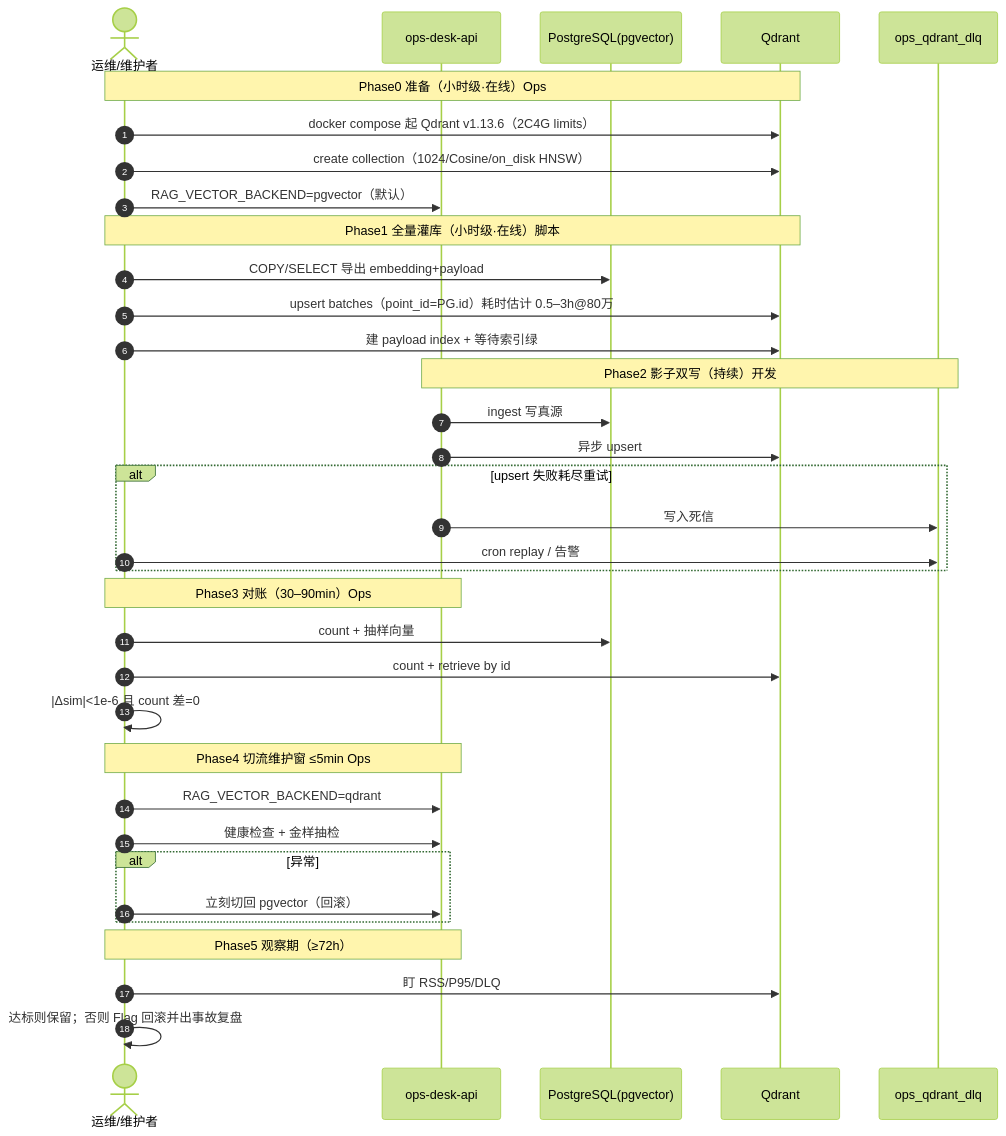
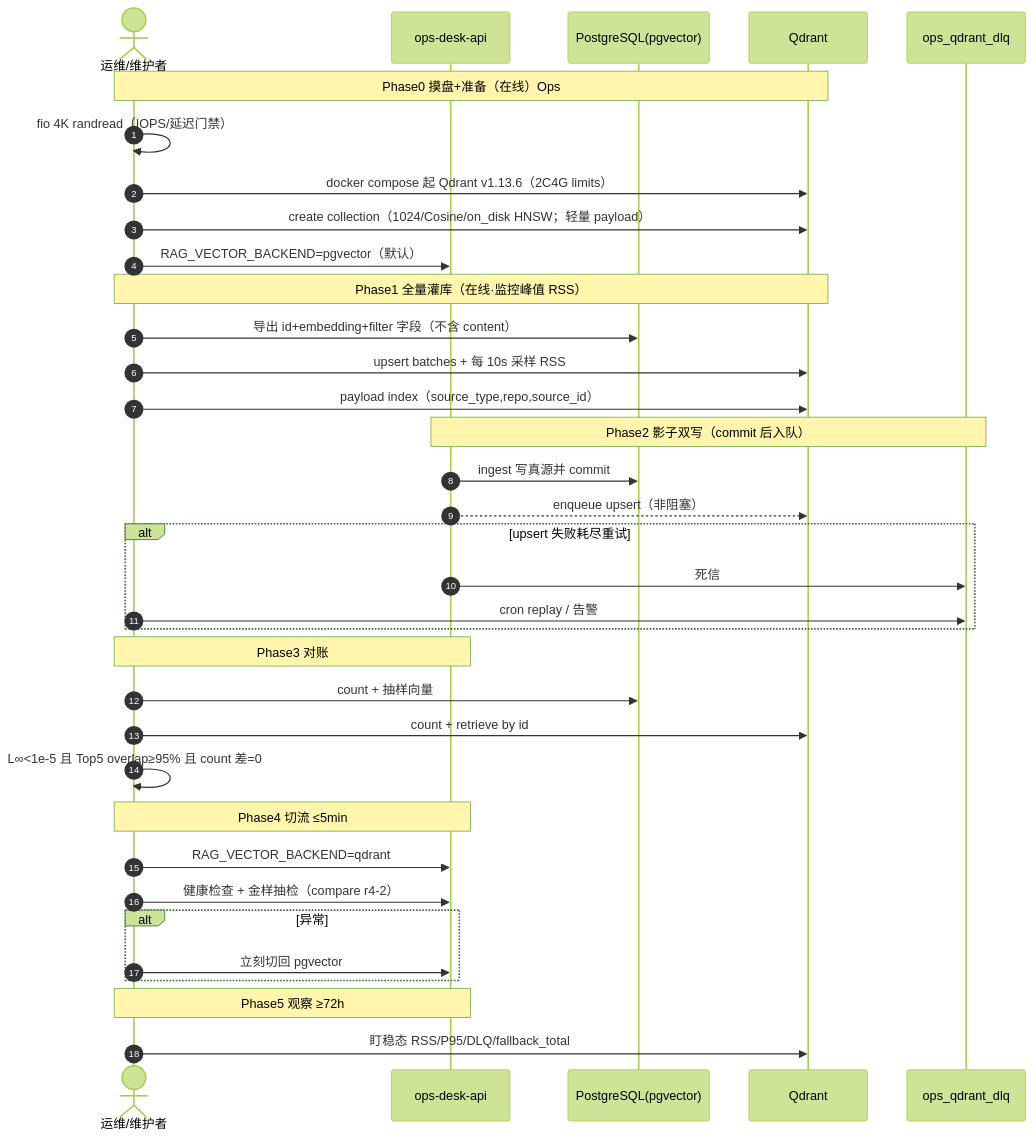
One commit to Cyning12/ops-desk-api changed the diagram in docs/spec/SPEC-qdrant-migration_v1.md. Above: the diagram before and after it, drawn with Mermaid (forest theme). The commit also changed other lines of this file and 2 other files, not shown here.

````diff
--- a/docs/spec/SPEC-qdrant-migration_v1.md
+++ b/docs/spec/SPEC-qdrant-migration_v1.md
@@ -221,43 +218,43 @@
 ```mermaid
 sequenceDiagram
     autonumber
     actor Ops as 运维/维护者
     participant API as ops-desk-api
     participant PG as PostgreSQL(pgvector)
     participant Q as Qdrant
     participant DLQ as ops_qdrant_dlq
 
-    Note over Ops,Q: Phase0 准备（小时级·在线）Ops
+    Note over Ops,Q: Phase0 摸盘+准备（在线）Ops
+    Ops->>Ops: fio 4K randread（IOPS/延迟门禁）
     Ops->>Q: docker compose 起 Qdrant v1.13.6（2C4G limits）
-    Ops->>Q: create collection（1024/Cosine/on_disk HNSW）
+    Ops->>Q: create collection（1024/Cosine/on_disk HNSW；轻量 payload）
     Ops->>API: RAG_VECTOR_BACKEND=pgvector（默认）
 
-    Note over Ops,Q: Phase1 全量灌库（小时级·在线）脚本
-    Ops->>PG: COPY/SELECT 导出 embedding+payload
-    Ops->>Q: upsert batches（point_id=PG.id）耗时估计 0.5–3h@80万
-    Ops->>Q: 建 payload index + 等待索引绿
+    Note over Ops,Q: Phase1 全量灌库（在线·监控峰值 RSS）
+    Ops->>PG: 导出 id+embedding+filter 字段（不含 content）
+    Ops->>Q: upsert batches + 每 10s 采样 RSS
+    Ops->>Q: payload index（source_type,repo,source_id）
 
-    Note over API,DLQ: Phase2 影子双写（持续）开发
-    API->>PG: ingest 写真源
-    API->>Q: 异步 upsert
+    Note over API,DLQ: Phase2 影子双写（commit 后入队）
+    API->>PG: ingest 写真源并 commit
+    API-->>Q: enqueue upsert（非阻塞）
     alt upsert 失败耗尽重试
-        API->>DLQ: 写入死信
+        API->>DLQ: 死信
         Ops->>DLQ: cron replay / 告警
     end
 
-    Note over Ops,API: Phase3 对账（30–90min）Ops
+    Note over Ops,API: Phase3 对账
     Ops->>PG: count + 抽样向量
     Ops->>Q: count + retrieve by id
-    Ops->>Ops: |Δsim|<1e-6 且 count 差=0
+    Ops->>Ops: L∞<1e-5 且 Top5 overlap≥95% 且 count 差=0
 
-    Note over Ops,API: Phase4 切流维护窗 ≤5min Ops
+    Note over Ops,API: Phase4 切流 ≤5min
     Ops->>API: RAG_VECTOR_BACKEND=qdrant
-    Ops->>API: 健康检查 + 金样抽检
+    Ops->>API: 健康检查 + 金样抽检（compare r4-2）
     alt 异常
-        Ops->>API: 立刻切回 pgvector（回滚）
+        Ops->>API: 立刻切回 pgvector
     end
 
-    Note over Ops,API: Phase5 观察期（≥72h）
-    Ops->>Q: 盯 RSS/P95/DLQ
-    Ops->>Ops: 达标则保留；否则 Flag 回滚并出事故复盘
+    Note over Ops,API: Phase5 观察 ≥72h
+    Ops->>Q: 盯稳态 RSS/P95/DLQ/fallback_total
 ```
````
